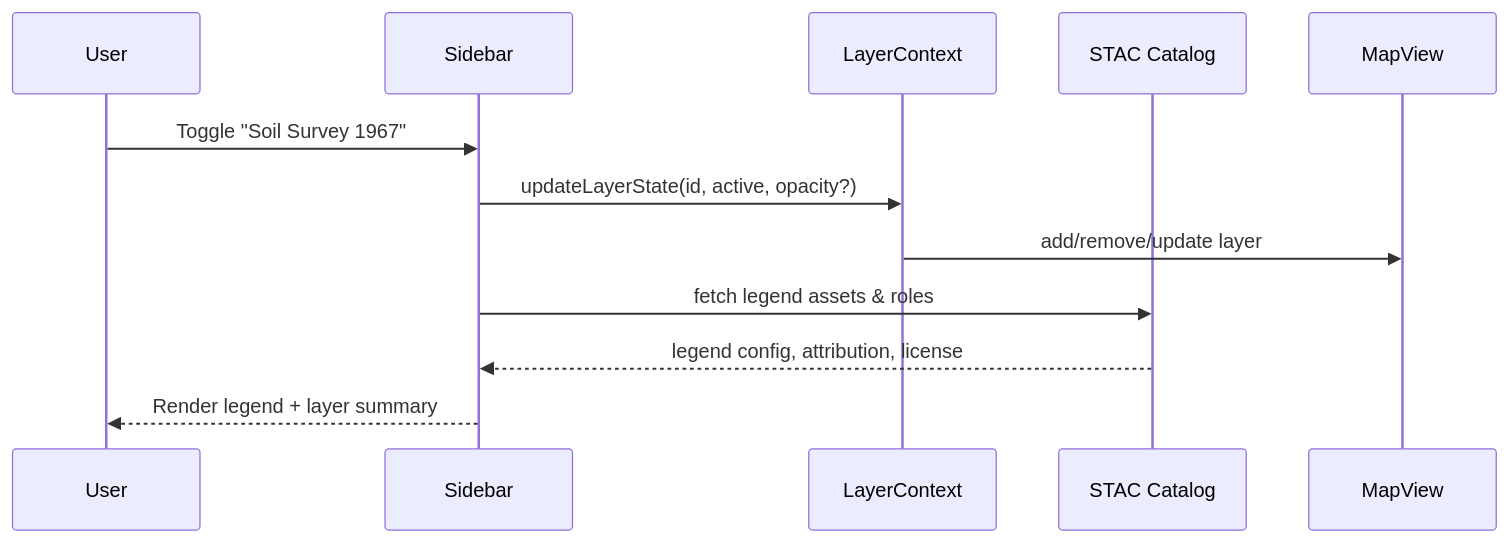
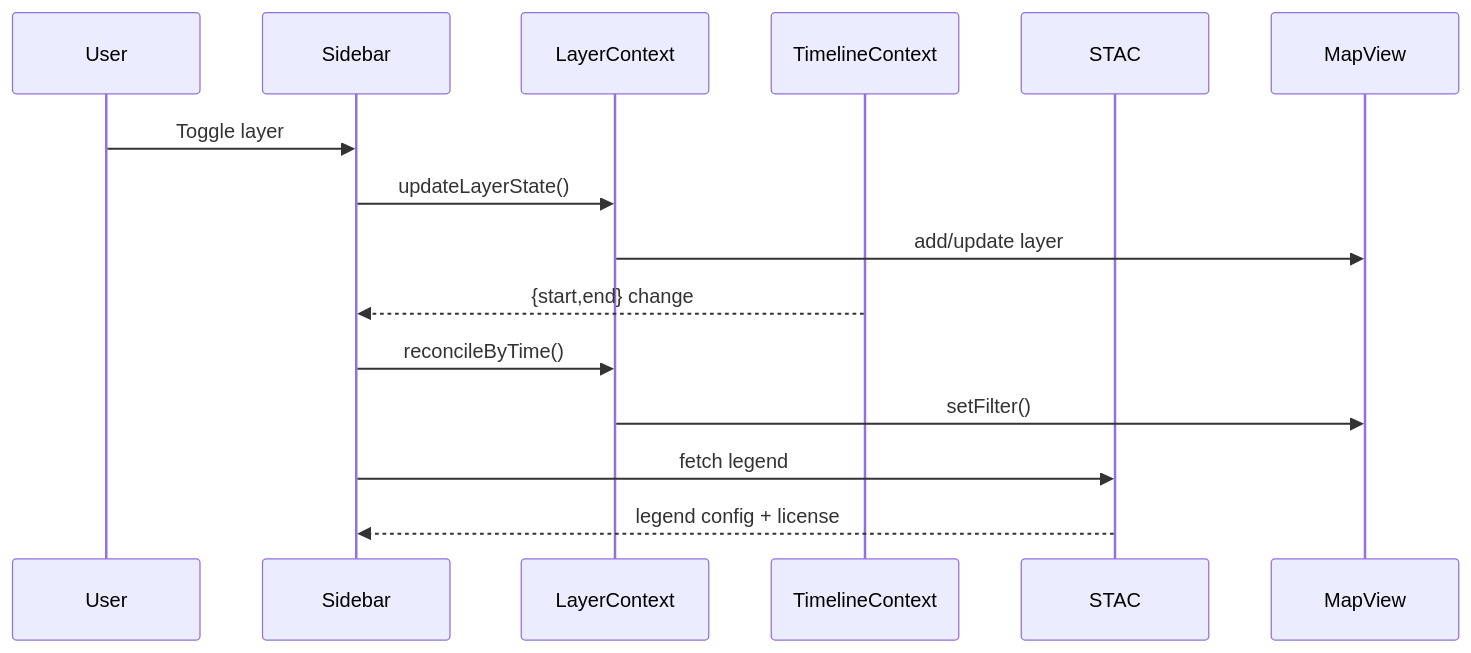
Before and after one commit to bartytime4life/Kansas-Frontier-Matrix: the second of 2 diagrams in web/src/components/Sidebar/README.md, drawn with Mermaid. The commit also changed other lines of this file, not shown here.

````diff
--- a/web/src/components/Sidebar/README.md
+++ b/web/src/components/Sidebar/README.md
@@ -153,16 +144,17 @@
 ```mermaid
 sequenceDiagram
   participant U as User
   participant SB as Sidebar
   participant CTX as LayerContext
-  participant STAC as STAC Catalog
+  participant TL as TimelineContext
+  participant STAC as STAC
   participant MAP as MapView
-
-  U->>SB: Toggle "Soil Survey 1967"
-  SB->>CTX: updateLayerState(id, active, opacity?)
-  CTX->>MAP: add/remove/update layer
-  SB->>STAC: fetch legend assets & roles
-  STAC-->>SB: legend config, attribution, license
-  SB-->>U: Render legend + layer summary
-%% END OF MERMAID
+  U->>SB: Toggle layer
+  SB->>CTX: updateLayerState()
+  CTX->>MAP: add/update layer
+  TL-->>SB: {start,end} change
+  SB->>CTX: reconcileByTime()
+  CTX->>MAP: setFilter()
+  SB->>STAC: fetch legend
+  STAC-->>SB: legend config + license
 ```
````
